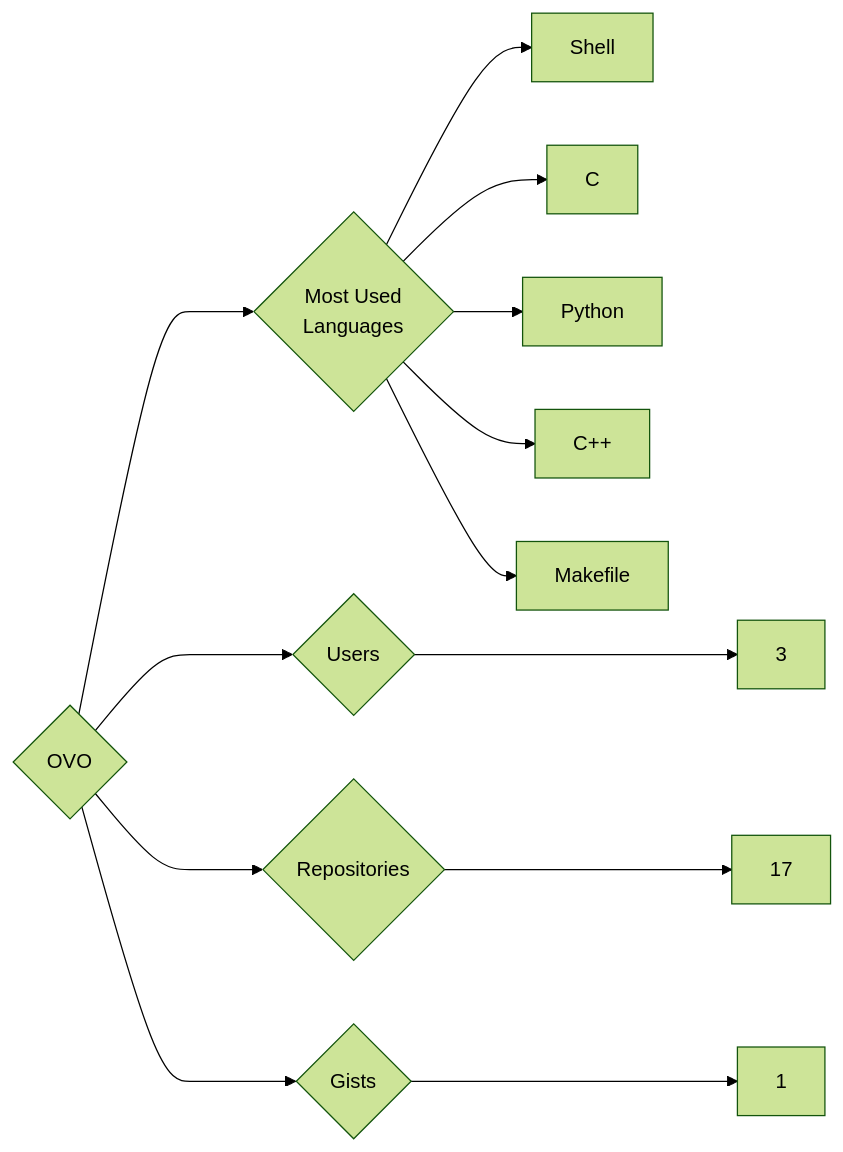
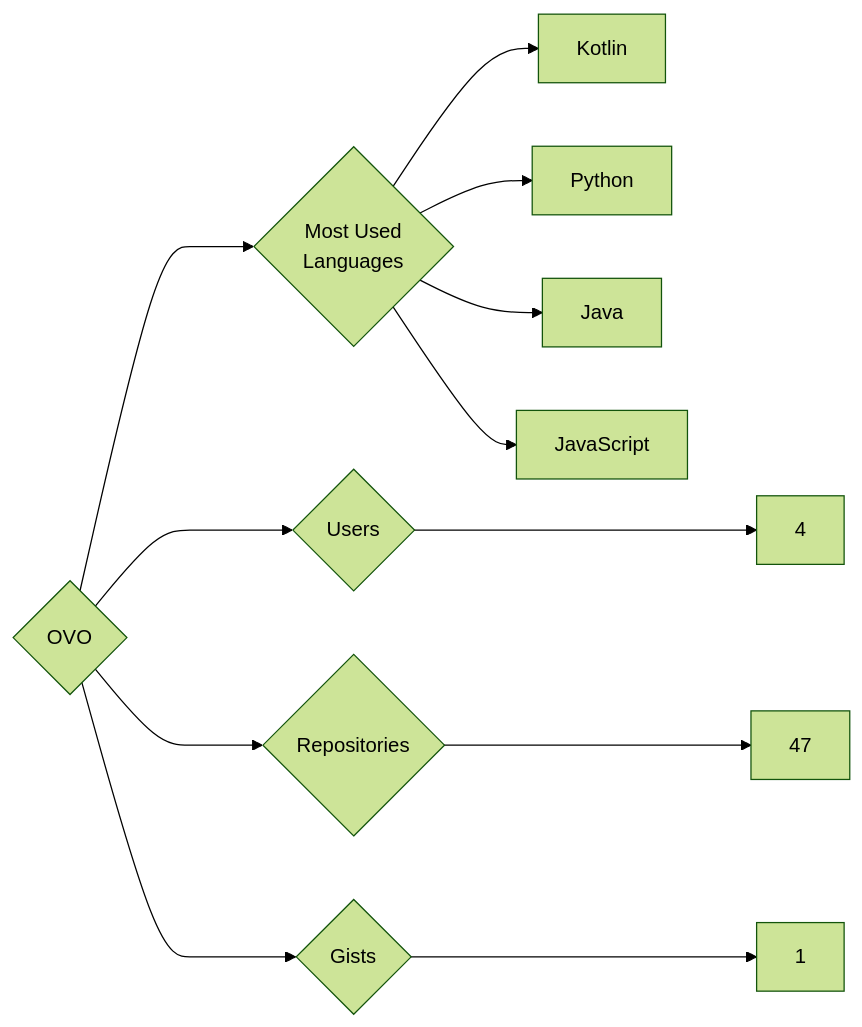
Before and after one commit to trickest/insiders: the diagram in targets/OVO/README.md, drawn with Mermaid (forest theme). The commit also changed 1123 other files, not shown here.

````diff
--- a/targets/OVO/README.md
+++ b/targets/OVO/README.md
@@ -3,13 +3,12 @@
 ```mermaid
 graph LR
 COMPANY_NAME{OVO}
-COMPANY_NAME ---> U{Users} ---> UN[3]
-COMPANY_NAME ---> R{Repositories} ---> RN[17]
+COMPANY_NAME ---> U{Users} ---> UN[4]
+COMPANY_NAME ---> R{Repositories} ---> RN[47]
 COMPANY_NAME ---> G{Gists} ---> GN[1]
 COMPANY_NAME ---> ML{Most Used<br>Languages}
-ML --> Shell[Shell]
-ML --> C[C]
+ML --> Kotlin[Kotlin]
 ML --> Python[Python]
-ML --> C++[C++]
-ML --> Makefile[Makefile]
+ML --> Java[Java]
+ML --> JavaScript[JavaScript]
 ```
````
